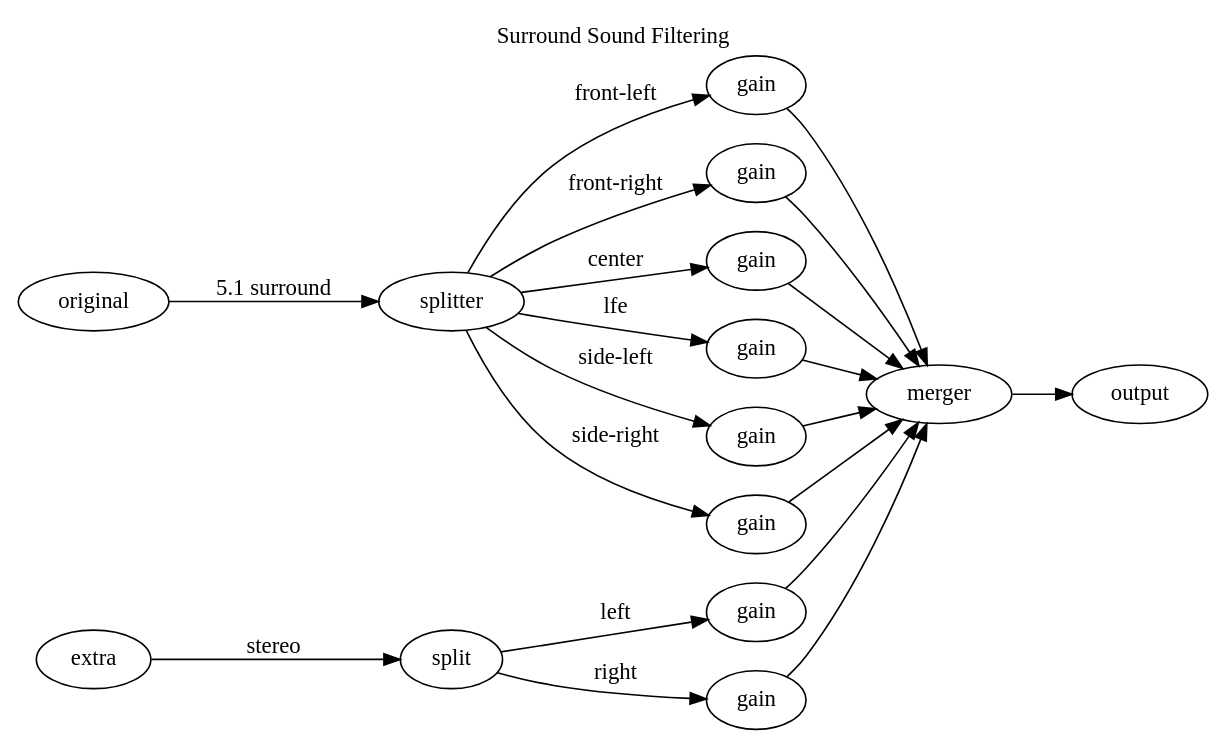
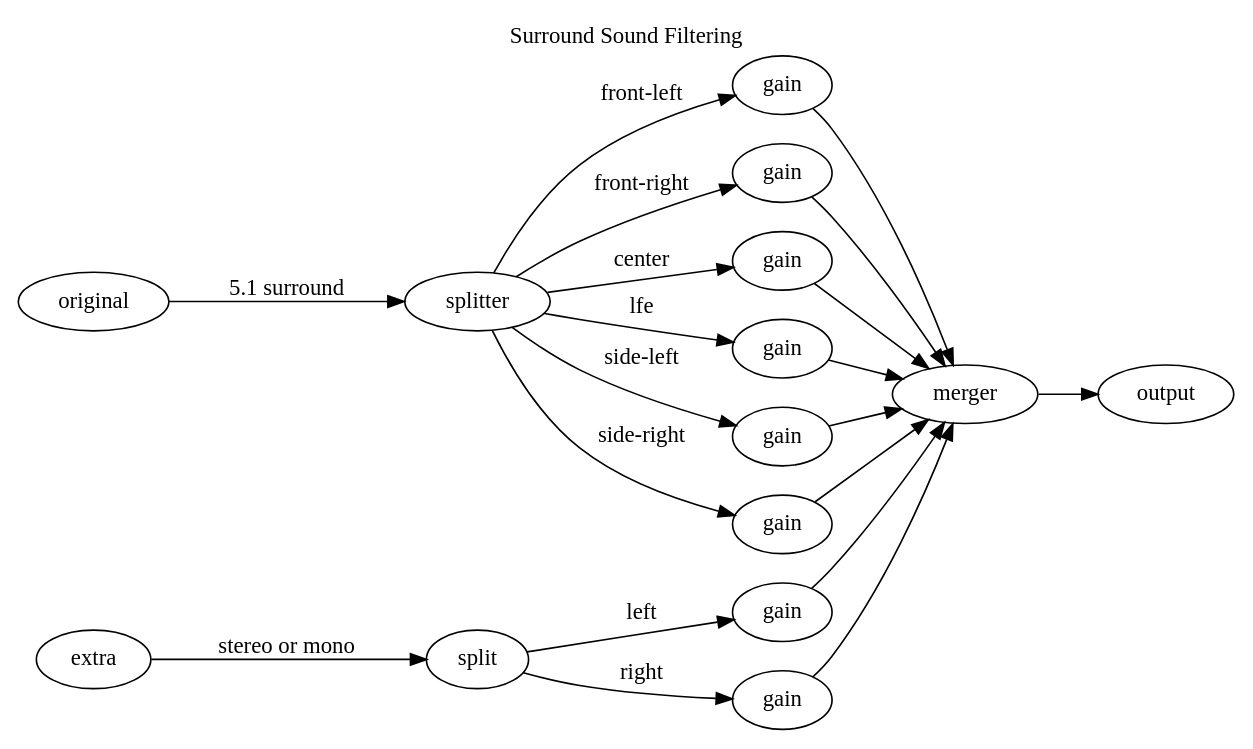
One commit to joeyparrish/upfish changed the diagram in docs/filter-graph-surround.gv. Above: the diagram before and after it, drawn with Graphviz. The commit also changed 9 other files, not shown here.

```diff
--- a/docs/filter-graph-surround.gv
+++ b/docs/filter-graph-surround.gv
@@ -1,39 +1,39 @@
 digraph {
   label = "Surround Sound Filtering"
   labelloc = "t"
   rankdir = "LR"
 
   original -> splitter [label="5.1 surround"];
 
   gain0 [label="gain"];
   gain1 [label="gain"];
   gain2 [label="gain"];
   gain3 [label="gain"];
   gain4 [label="gain"];
   gain5 [label="gain"];
   gain6 [label="gain"];
   gain7 [label="gain"];
 
   splitter -> gain0 [label="front-left"];
   splitter -> gain1 [label="front-right"];
   splitter -> gain2 [label="center"];
   splitter -> gain3 [label="lfe"];
   splitter -> gain4 [label="side-left"];
   splitter -> gain5 [label="side-right"];
 
   splitter2 [label="split"];
-  extra -> splitter2 [label="stereo"];
+  extra -> splitter2 [label="stereo or mono"];
   splitter2 -> gain6 [label="left"];
   splitter2 -> gain7 [label="right"];
 
   gain0 -> merger;
   gain1 -> merger;
   gain2 -> merger;
   gain3 -> merger;
   gain4 -> merger;
   gain5 -> merger;
   gain6 -> merger;
   gain7 -> merger;
 
   merger -> output;
 }
```
